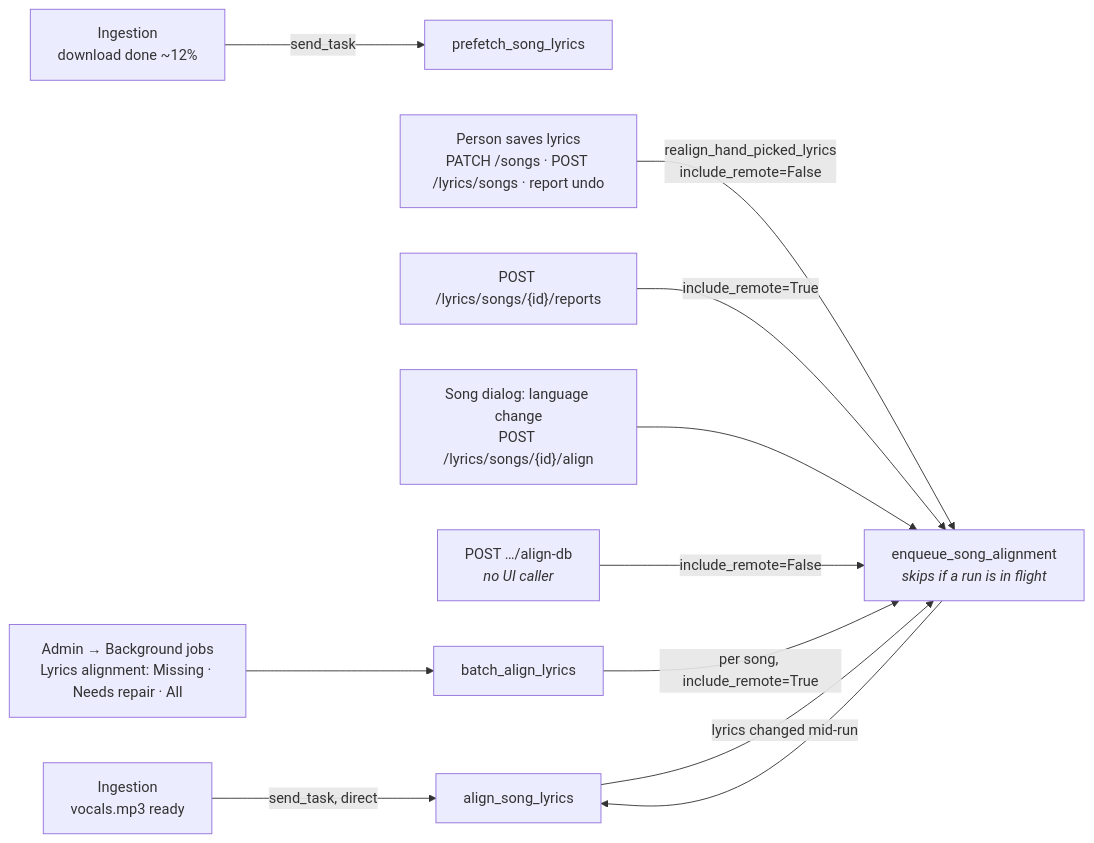
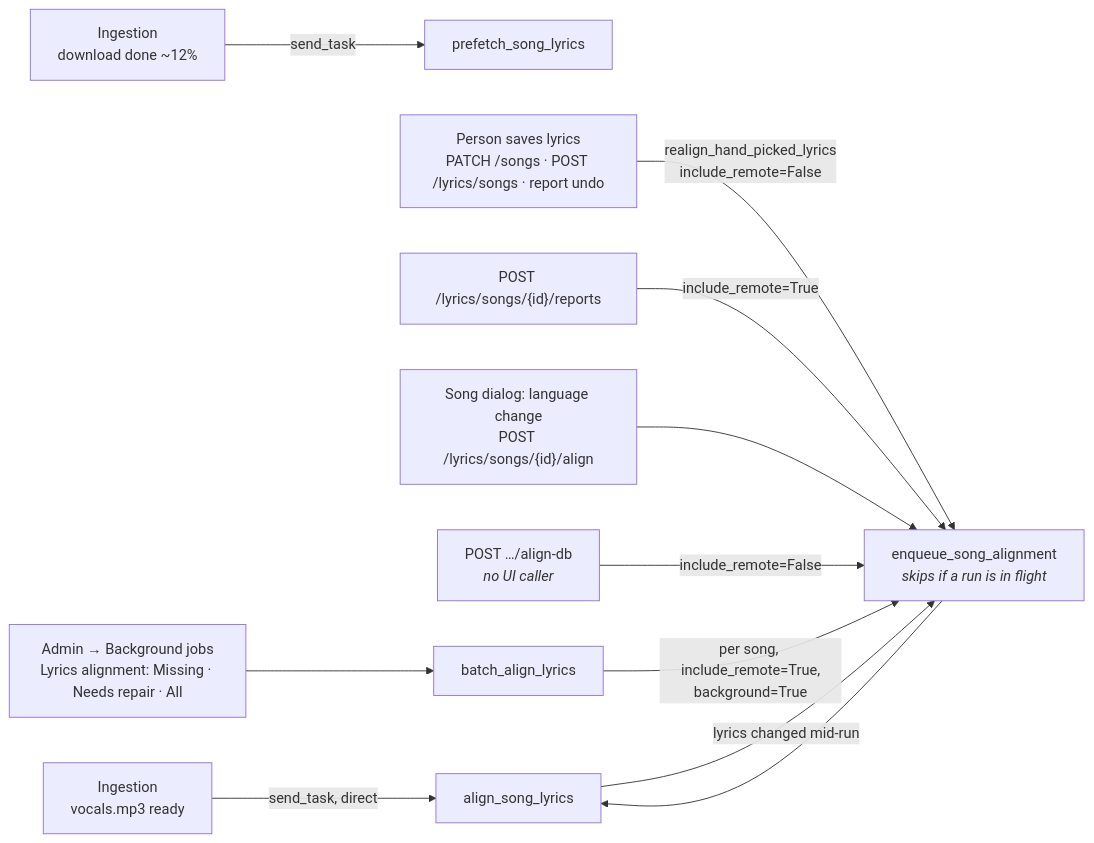
The third of 6 diagrams in docs/domains/lyrics-system.md (spencerfrost/open-karaoke-studio), drawn with Mermaid before and after one commit. The commit also changed other lines of this file and 25 other files, not shown here.

````diff
--- a/docs/domains/lyrics-system.md
+++ b/docs/domains/lyrics-system.md
@@ -213,12 +213,12 @@
 ```mermaid
 flowchart LR
     Ingest["Ingestion<br/>download done ~12%"] -->|send_task| Prefetch["prefetch_song_lyrics"]
     Vocals["Ingestion<br/>vocals.mp3 ready"] -->|send_task, direct| Align["align_song_lyrics"]
     Save["Person saves lyrics<br/>PATCH /songs · POST /lyrics/songs · report undo"] -->|realign_hand_picked_lyrics<br/>include_remote=False| Enq["enqueue_song_alignment<br/><i>skips if a run is in flight</i>"]
     Report["POST /lyrics/songs/{id}/reports"] -->|include_remote=True| Enq
     Button["Song dialog: language change<br/>POST /lyrics/songs/{id}/align"] --> Enq
     AlignDb["POST …/align-db<br/><i>no UI caller</i>"] -->|include_remote=False| Enq
-    BatchBtn["Admin → Background jobs<br/>Lyrics alignment: Missing · Needs repair · All"] --> Batch["batch_align_lyrics"] -->|per song, include_remote=True| Enq
+    BatchBtn["Admin → Background jobs<br/>Lyrics alignment: Missing · Needs repair · All"] --> Batch["batch_align_lyrics"] -->|per song, include_remote=True,<br/>background=True| Enq
     Enq --> Align
     Align -->|lyrics changed mid-run| Enq
 ```
````
